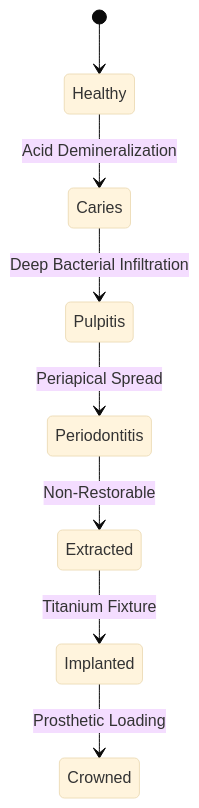
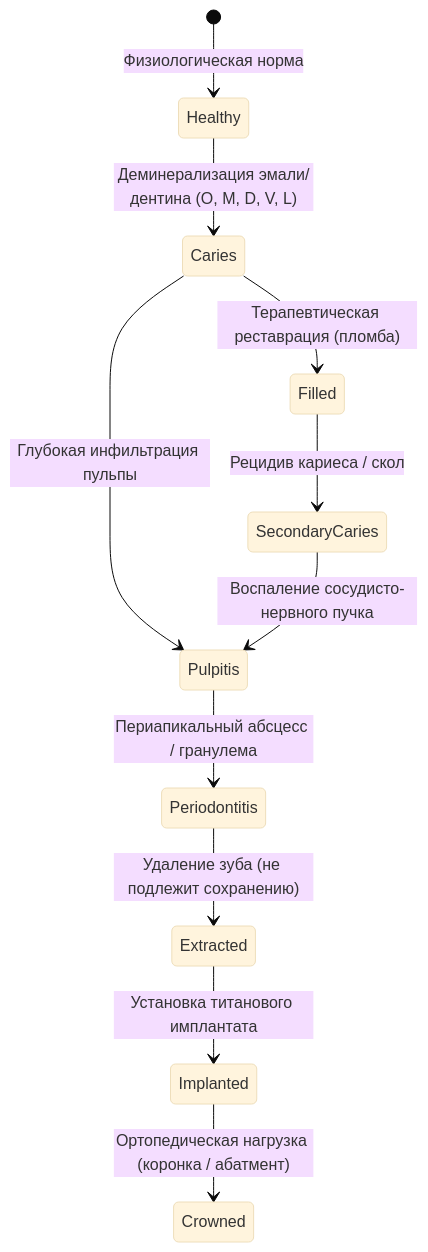
The second of 3 diagrams in docs/ARCHITECTURE.md (marko1olo/dental-crm), drawn with Mermaid (base theme) before and after one commit. The commit also changed other lines of this file and 5 other files, not shown here.

Commit message:
docs(architecture): sync architectural specs with React 19, Fastify v5, PG 18.4, WebWorker 3D MPR, and 3-tier treatment plans

````diff
--- a/docs/ARCHITECTURE.md
+++ b/docs/ARCHITECTURE.md
@@ -6,10 +68,13 @@
 ```mermaid
 stateDiagram-v2
-    [*] --> Healthy
-    Healthy --> Caries: Acid Demineralization
-    Caries --> Pulpitis: Deep Bacterial Infiltration
-    Pulpitis --> Periodontitis: Periapical Spread
-    Periodontitis --> Extracted: Non-Restorable
-    Extracted --> Implanted: Titanium Fixture
-    Implanted --> Crowned: Prosthetic Loading
+    [*] --> Healthy: Физиологическая норма
+    Healthy --> Caries: Деминерализация эмали/дентина (O, M, D, V, L)
+    Caries --> Pulpitis: Глубокая инфильтрация пульпы
+    Pulpitis --> Periodontitis: Периапикальный абсцесс / гранулема
+    Periodontitis --> Extracted: Удаление зуба (не подлежит сохранению)
+    Extracted --> Implanted: Установка титанового имплантата
+    Implanted --> Crowned: Ортопедическая нагрузка (коронка / абатмент)
+    Caries --> Filled: Терапевтическая реставрация (пломба)
+    Filled --> SecondaryCaries: Рецидив кариеса / скол
+    SecondaryCaries --> Pulpitis: Воспаление сосудисто-нервного пучка
 ```
````
